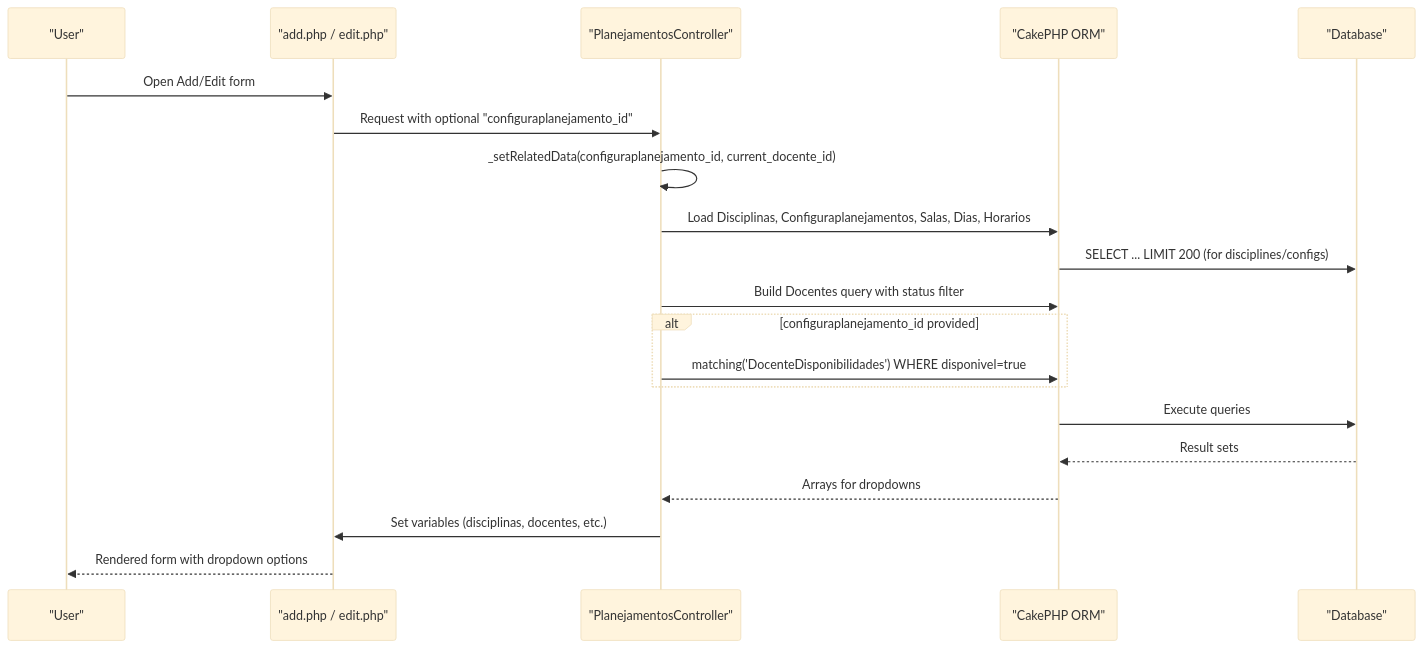
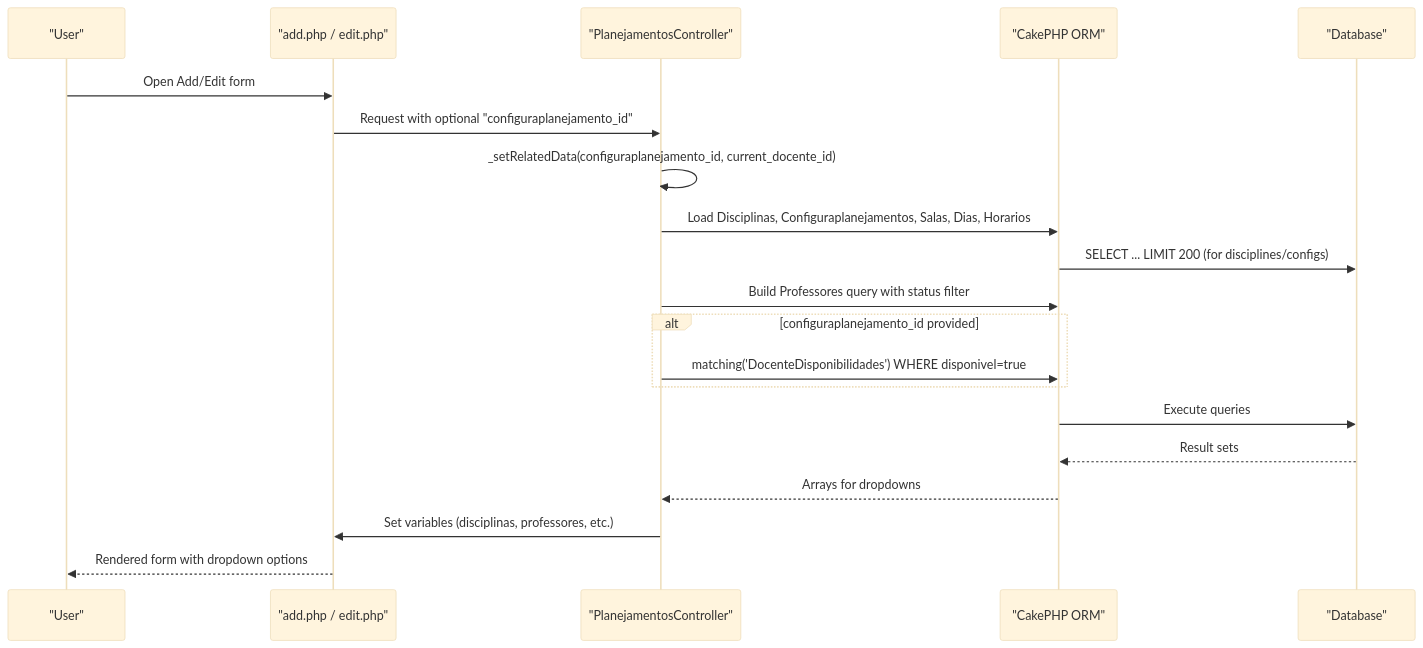
One commit to luiseduacosta/planejamento5 changed the second of 6 diagrams in .qoder/repowiki/en/content/Project Overview/Core Features Overview/Academic Planning Management/Related Data Management.md. Above: the diagram before and after it, drawn with Mermaid (base theme). The commit also changed other lines of this file and 37 other files, not shown here.

Commit message:
repowiki: rename Docentes → Professores in metadata

````diff
--- a/.qoder/repowiki/en/content/Project Overview/Core Features Overview/Academic Planning Management/Related Data Management.md
+++ b/.qoder/repowiki/en/content/Project Overview/Core Features Overview/Academic Planning Management/Related Data Management.md
@@ -118,22 +118,22 @@
 ```mermaid
 sequenceDiagram
 participant User as "User"
 participant Template as "add.php / edit.php"
 participant Controller as "PlanejamentosController"
 participant ORM as "CakePHP ORM"
 participant DB as "Database"
 User->>Template : Open Add/Edit form
 Template->>Controller : Request with optional "configuraplanejamento_id"
 Controller->>Controller : _setRelatedData(configuraplanejamento_id, current_docente_id)
 Controller->>ORM : Load Disciplinas, Configuraplanejamentos, Salas, Dias, Horarios
 ORM->>DB : SELECT ... LIMIT 200 (for disciplines/configs)
-Controller->>ORM : Build Docentes query with status filter
+Controller->>ORM : Build Professores query with status filter
 alt configuraplanejamento_id provided
 Controller->>ORM : matching('DocenteDisponibilidades') WHERE disponivel=true
 end
 ORM->>DB : Execute queries
 DB-->>ORM : Result sets
 ORM-->>Controller : Arrays for dropdowns
-Controller->>Template : Set variables (disciplinas, docentes, etc.)
+Controller->>Template : Set variables (disciplinas, professores, etc.)
 Template-->>User : Rendered form with dropdown options
 ```
````
